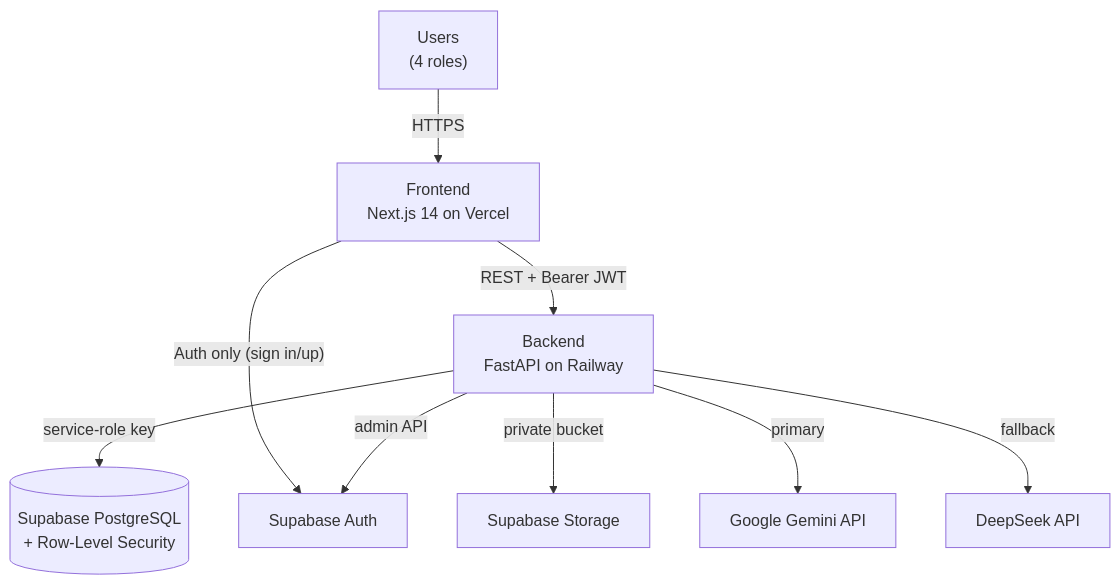
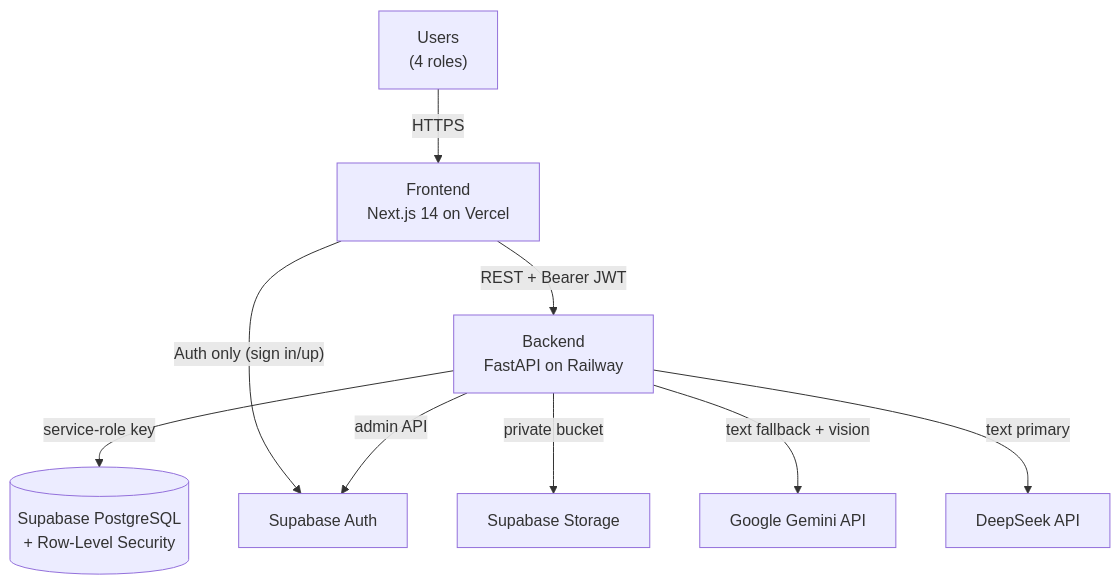
One commit to ArivuTechTeam/Arivu-counselling changed the first of 2 diagrams in docs/PROJECT-TECHNICAL-DOCUMENT.md. Above: the diagram before and after it, drawn with Mermaid. The commit also changed other lines of this file and 27 other files, not shown here.

Commit message:
feat: make DeepSeek primary for text AI workflows

````diff
--- a/docs/PROJECT-TECHNICAL-DOCUMENT.md
+++ b/docs/PROJECT-TECHNICAL-DOCUMENT.md
@@ -121,11 +121,11 @@
 ```mermaid
 flowchart TD
     U["Users<br/>(4 roles)"] -->|HTTPS| FE["Frontend<br/>Next.js 14 on Vercel"]
     FE -->|"REST + Bearer JWT"| BE["Backend<br/>FastAPI on Railway"]
     FE -->|"Auth only (sign in/up)"| SB_AUTH["Supabase Auth"]
     BE -->|"service-role key"| SB_DB[("Supabase PostgreSQL<br/>+ Row-Level Security")]
     BE -->|"admin API"| SB_AUTH
     BE -->|"private bucket"| SB_ST["Supabase Storage"]
-    BE -->|"primary"| GEM["Google Gemini API"]
-    BE -->|"fallback"| DS["DeepSeek API"]
+    BE -->|"text fallback + vision"| GEM["Google Gemini API"]
+    BE -->|"text primary"| DS["DeepSeek API"]
 ```
````
